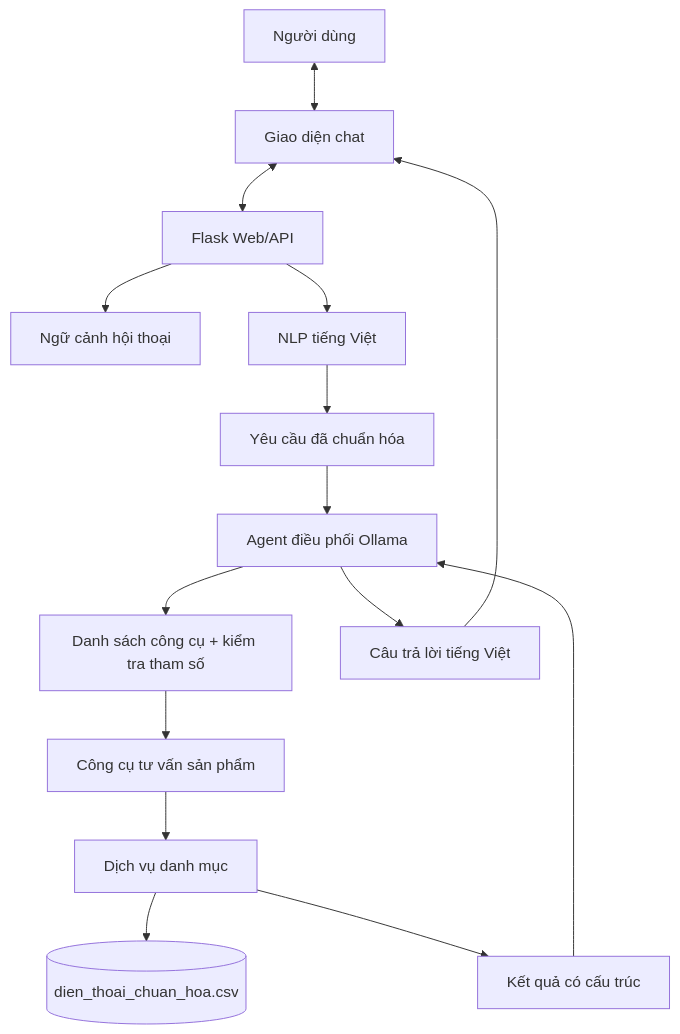
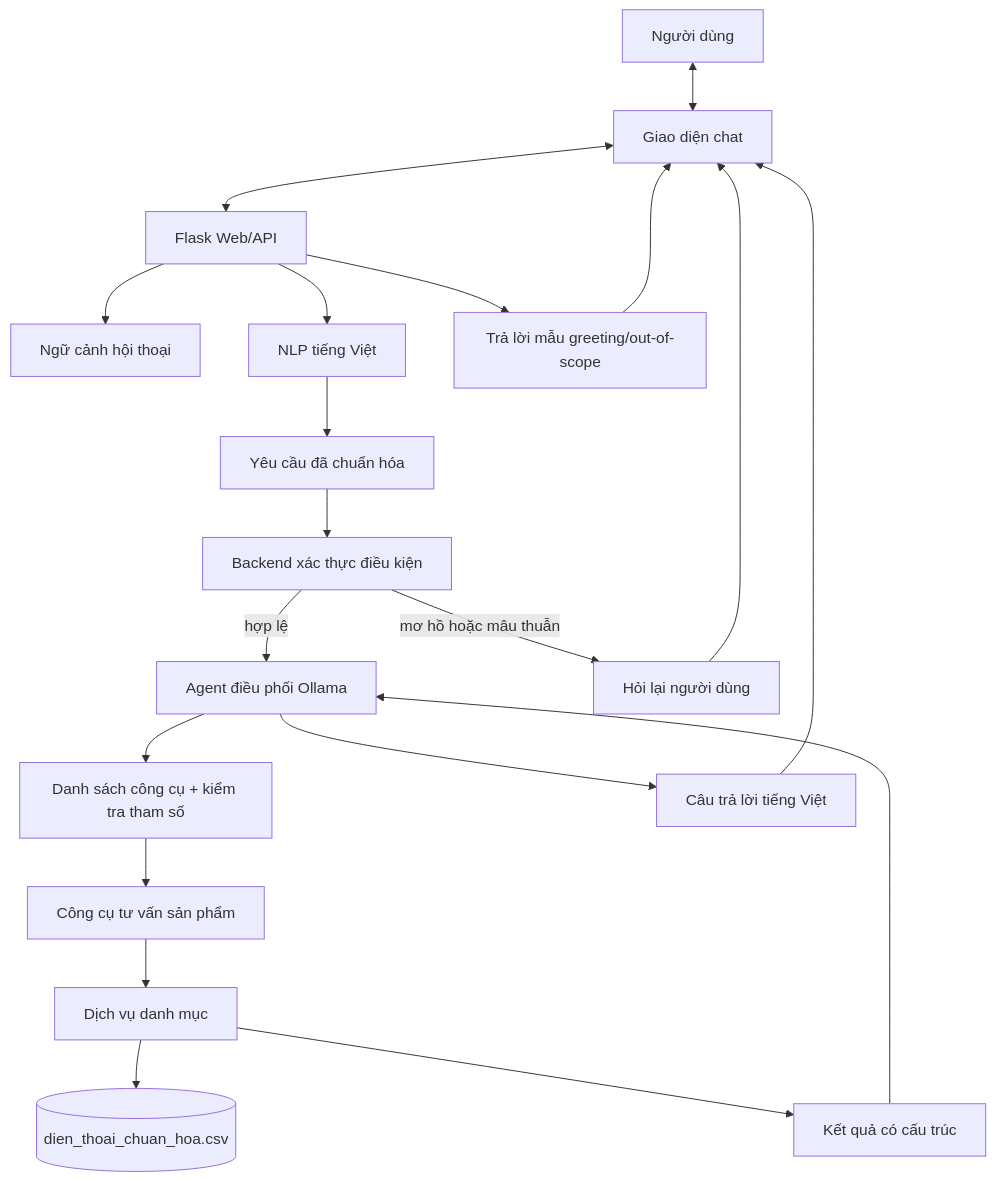
The diagram in data/kientruc.md (pdbao278/chatbot_dienthoai), drawn with Mermaid before and after one commit. The commit also changed other lines of this file, not shown here.

```diff
--- a/data/kientruc.md
+++ b/data/kientruc.md
@@ -28,17 +28,22 @@
 ~~~mermaid
 flowchart TD
     User[Người dùng] <--> UI[Giao diện chat]
     UI <--> Flask[Flask Web/API]
     Flask --> State[Ngữ cảnh hội thoại]
     Flask --> NLP[NLP tiếng Việt]
     NLP --> Parsed[Yêu cầu đã chuẩn hóa]
-    Parsed --> Agent[Agent điều phối Ollama]
+    Parsed --> Validate[Backend xác thực điều kiện]
+    Validate -->|hợp lệ| Agent[Agent điều phối Ollama]
+    Validate -->|mơ hồ hoặc mâu thuẫn| Clarify[Hỏi lại người dùng]
+    Clarify --> UI
+    Flask --> Static[Trả lời mẫu greeting/out-of-scope]
+    Static --> UI
     Agent --> Guard[Danh sách công cụ + kiểm tra tham số]
     Guard --> Tools[Công cụ tư vấn sản phẩm]
     Tools --> Catalog[Dịch vụ danh mục]
     Catalog --> CSV[(dien_thoai_chuan_hoa.csv)]
     Catalog --> Results[Kết quả có cấu trúc]
     Results --> Agent
     Agent --> Answer[Câu trả lời tiếng Việt]
     Answer --> UI
 ~~~
```
